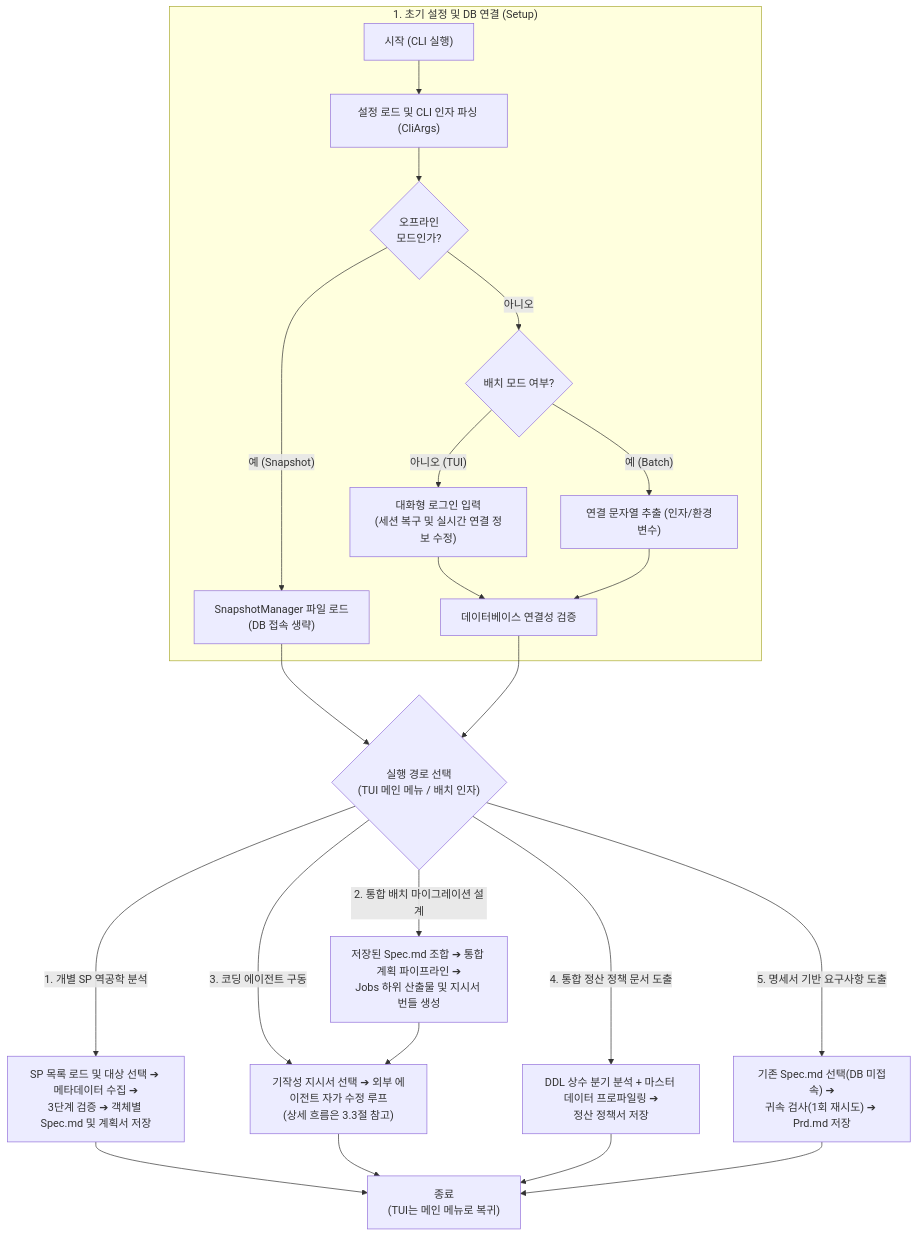
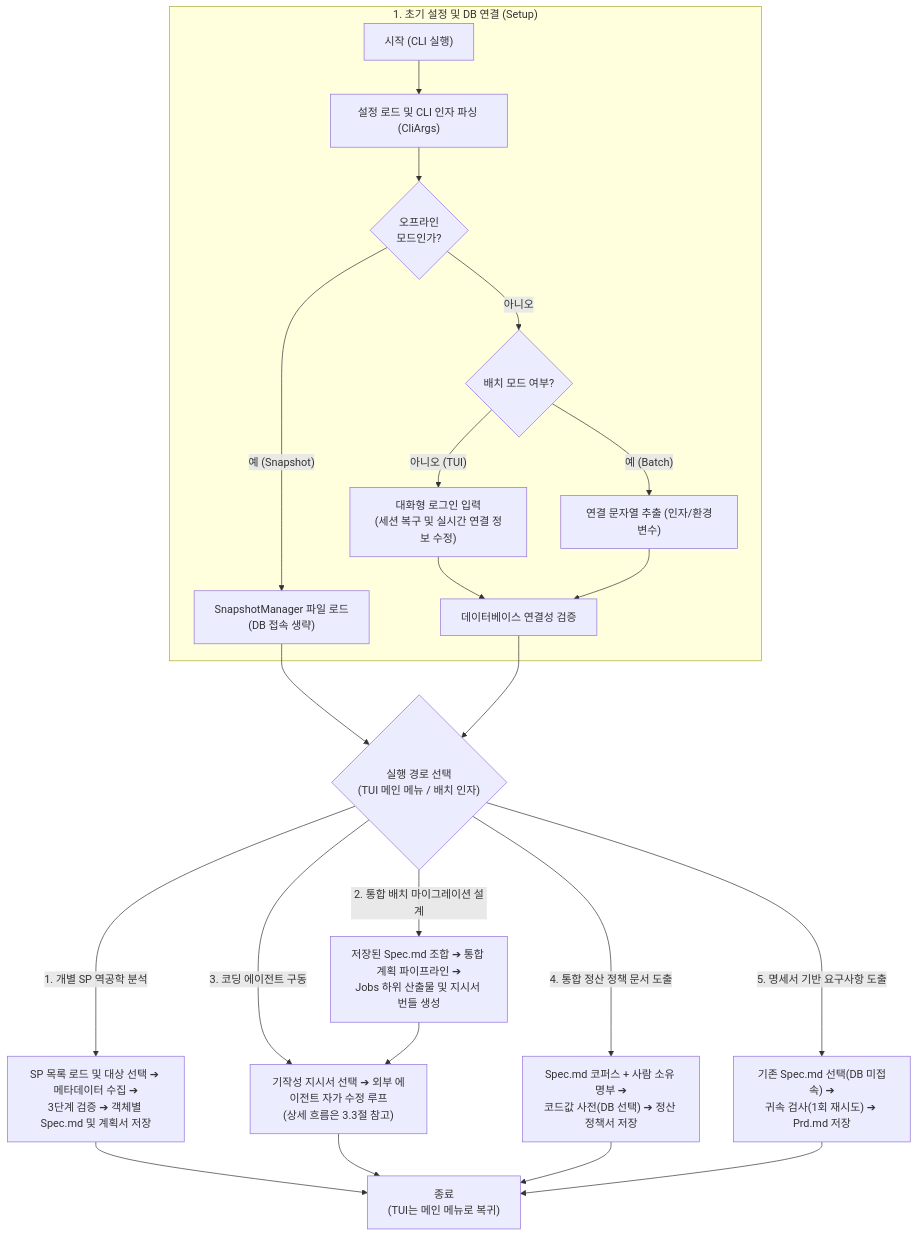
Before and after one commit to moondae815/ReSet: the second of 9 diagrams in docs/architecture.md, drawn with Mermaid. The commit also changed other lines of this file and 2 other files, not shown here.

````diff
--- a/docs/architecture.md
+++ b/docs/architecture.md
@@ -202,33 +209,33 @@
 ```mermaid
 graph TD
     %% 1단계: 초기화 및 연결
     subgraph Setup ["1. 초기 설정 및 DB 연결 (Setup)"]
         Start["시작 (CLI 실행)"] --> Parse["설정 로드 및 CLI 인자 파싱 (CliArgs)"]
 
         Parse --> OfflineCheck{"오프라인<br/>모드인가?"}
 
         %% 오프라인 모드
         OfflineCheck -- "예 (Snapshot)" --> Snapshot["SnapshotManager 파일 로드<br/>(DB 접속 생략)"]
 
         %% 온라인 모드
         OfflineCheck -- "아니오" --> ModeCheck{"배치 모드 여부?"}
 
         ModeCheck -- "아니오 (TUI)" --> TUI["대화형 로그인 입력<br/>(세션 복구 및 실시간 연결 정보 수정)"]
         ModeCheck -- "예 (Batch)" --> BatchConn["연결 문자열 추출 (인자/환경변수)"]
 
         TUI & BatchConn --> ConnTest["데이터베이스 연결성 검증"]
     end
 
     %% 2단계: 실행 경로 분기
     Snapshot & ConnTest --> Entry{"실행 경로 선택<br/>(TUI 메인 메뉴 / 배치 인자)"}
 
     Entry -- "1. 개별 SP 역공학 분석" --> PathAnalysis["SP 목록 로드 및 대상 선택 ➔ 메타데이터 수집 ➔<br/>3단계 검증 ➔ 객체별 Spec.md 및 계획서 저장"]
     Entry -- "2. 통합 배치 마이그레이션 설계" --> PathBatch["저장된 Spec.md 조합 ➔ 통합 계획 파이프라인 ➔<br/>Jobs 하위 산출물 및 지시서 번들 생성"]
     Entry -- "3. 코딩 에이전트 구동" --> PathCodegen["기작성 지시서 선택 ➔ 외부 에이전트 자가 수정 루프<br/>(상세 흐름은 3.3절 참고)"]
-    Entry -- "4. 통합 정산 정책 문서 도출" --> PathPolicy["DDL 상수 분기 분석 + 마스터 데이터 프로파일링 ➔<br/>정산 정책서 저장"]
+    Entry -- "4. 통합 정산 정책 문서 도출" --> PathPolicy["Spec.md 코퍼스 + 사람 소유 명부 ➔<br/>코드값 사전(DB 선택) ➔ 정산 정책서 저장"]
     Entry -- "5. 명세서 기반 요구사항 도출" --> PathPrd["기존 Spec.md 선택(DB 미접속) ➔<br/>귀속 검사(1회 재시도) ➔ Prd.md 저장"]
 
     %% 통합 설계가 만든 지시서를 코딩 에이전트 경로가 소비한다
     PathBatch --> PathCodegen
     PathAnalysis & PathCodegen & PathPolicy & PathPrd --> End["종료<br/>(TUI는 메인 메뉴로 복귀)"]
 ```
````
